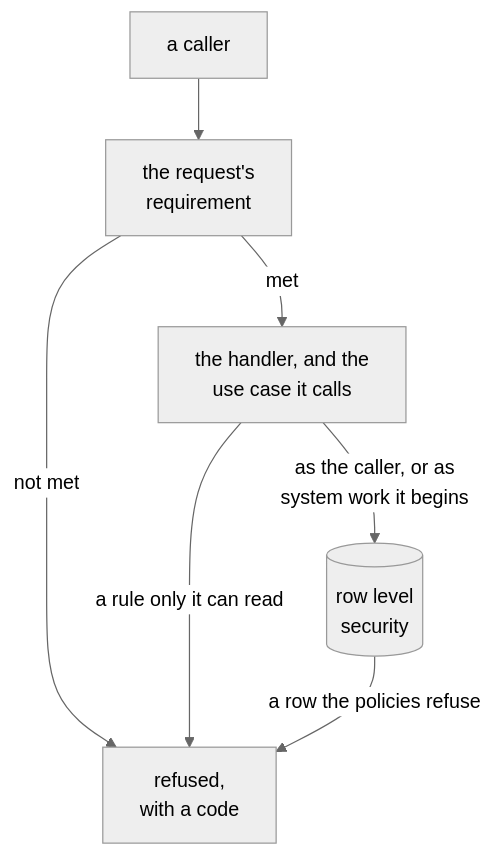
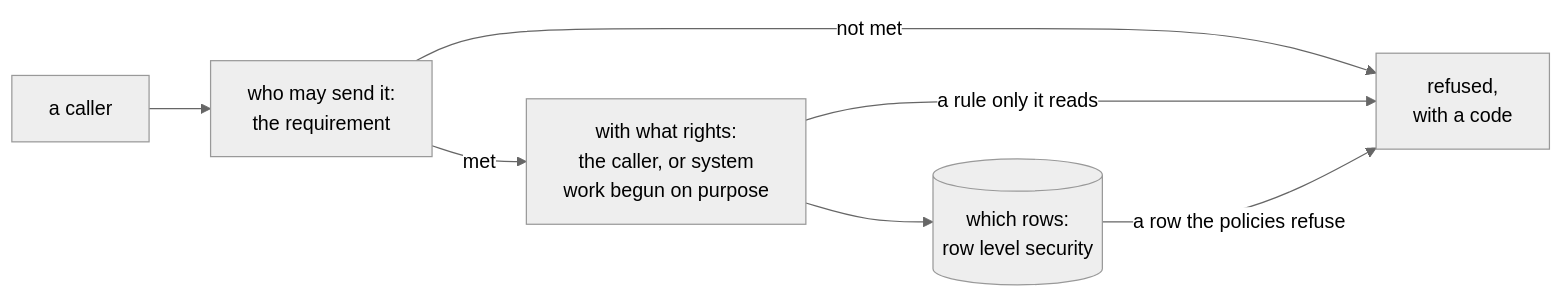
The first of 4 diagrams in docs/access-requirements.md (DylanSnel/DDDToolkit), drawn with Mermaid (neutral theme) before and after one commit. The commit also changed other lines of this file and 130 other files, not shown here.

````diff
--- a/docs/access-requirements.md
+++ b/docs/access-requirements.md
@@ -123,9 +19,9 @@
 ```mermaid
-flowchart TB
-    Caller["a caller"] --> Door["the request's<br/>requirement"]
+flowchart LR
+    Caller["a caller"] --> Door["who may send it:<br/>the requirement"]
     Door -- "not met" --> Refused["refused,<br/>with a code"]
-    Door -- "met" --> Handler["the handler, and the<br/>use case it calls"]
-    Handler -- "a rule only it can read" --> Refused
-    Handler -- "as the caller, or as<br/>system work it begins" --> Database[("row level<br/>security")]
-    Database -- "a row the policies refuse" --> Refused
+    Door -- "met" --> Work["with what rights:<br/>the caller, or system<br/>work begun on purpose"]
+    Work -- "a rule only it reads" --> Refused
+    Work --> Rows[("which rows:<br/>row level security")]
+    Rows -- "a row the policies refuse" --> Refused
 ```
````
